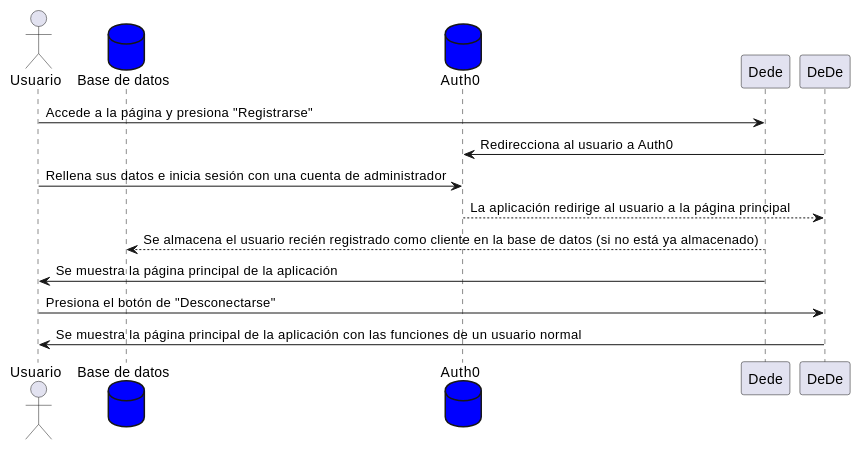
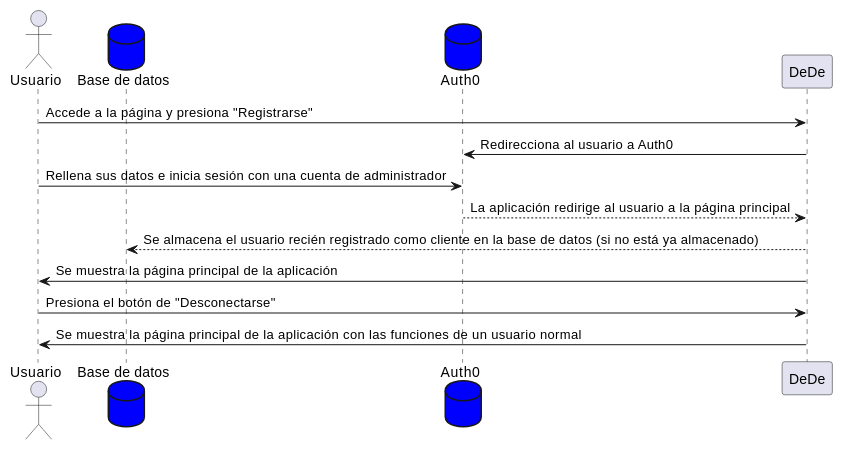
Before and after one commit to Arquisoft/dede_es2a: the sixth of 8 diagrams in docs/06_runtime_view.adoc, drawn with PlantUML. The commit also changed other lines of this file, not shown here.

Commit message:
Corregidos diagramas de secuencia

```diff
--- a/docs/06_runtime_view.adoc
+++ b/docs/06_runtime_view.adoc
@@ -109,14 +109,14 @@
 [plantuml,"CierreSesión",png]
 ----
 actor Usuario
 database BaseDeDatos as "Base de datos" #blue
 database Auth0 as "Auth0" #blue
-Usuario -> Dede: Accede  a la página y presiona "Registrarse"
+Usuario -> DeDe: Accede  a la página y presiona "Registrarse"
 DeDe -> Auth0: Redirecciona al usuario a Auth0
 Usuario -> Auth0: Rellena sus datos e inicia sesión con una cuenta de administrador
 DeDe <-- Auth0: La aplicación redirige al usuario a la página principal
-Dede --> BaseDeDatos: Se almacena el usuario recién registrado como cliente en la base de datos (si no está ya almacenado)
-Usuario <- Dede: Se muestra la página principal de la aplicación
+DeDe --> BaseDeDatos: Se almacena el usuario recién registrado como cliente en la base de datos (si no está ya almacenado)
+Usuario <- DeDe: Se muestra la página principal de la aplicación
 Usuario -> DeDe: Presiona el botón de "Desconectarse"
 Usuario <- DeDe: Se muestra la página principal de la aplicación con las funciones de un usuario normal
 ----
```
